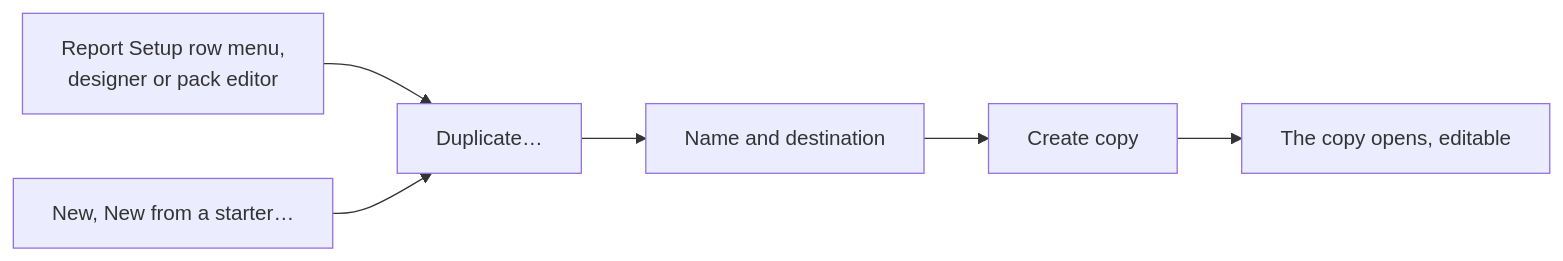
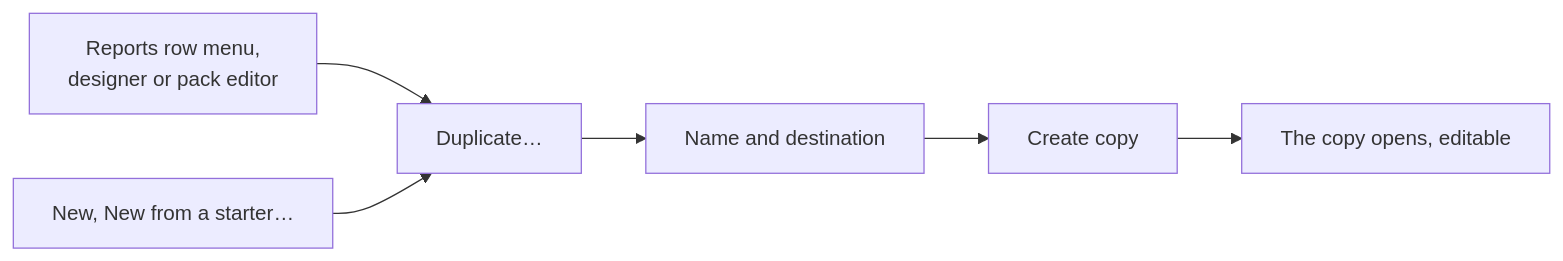
The diagram in docs/website/docs/core-features/custom-reports/duplicating-a-report.md (ballardr/reqtrackmanager), drawn with Mermaid before and after one commit. The commit also changed other lines of this file and 174 other files, not shown here.

````diff
--- a/docs/website/docs/core-features/custom-reports/duplicating-a-report.md
+++ b/docs/website/docs/core-features/custom-reports/duplicating-a-report.md
@@ -11,8 +11,8 @@
 ```mermaid
 flowchart LR
-    A["Report Setup row menu,<br/>designer or pack editor"] --> B["Duplicate…"]
+    A["Reports row menu,<br/>designer or pack editor"] --> B["Duplicate…"]
     S["New, New from a starter…"] --> B
     B --> C["Name and destination"]
     C --> D["Create copy"]
     D --> E["The copy opens, editable"]
 ```
````
